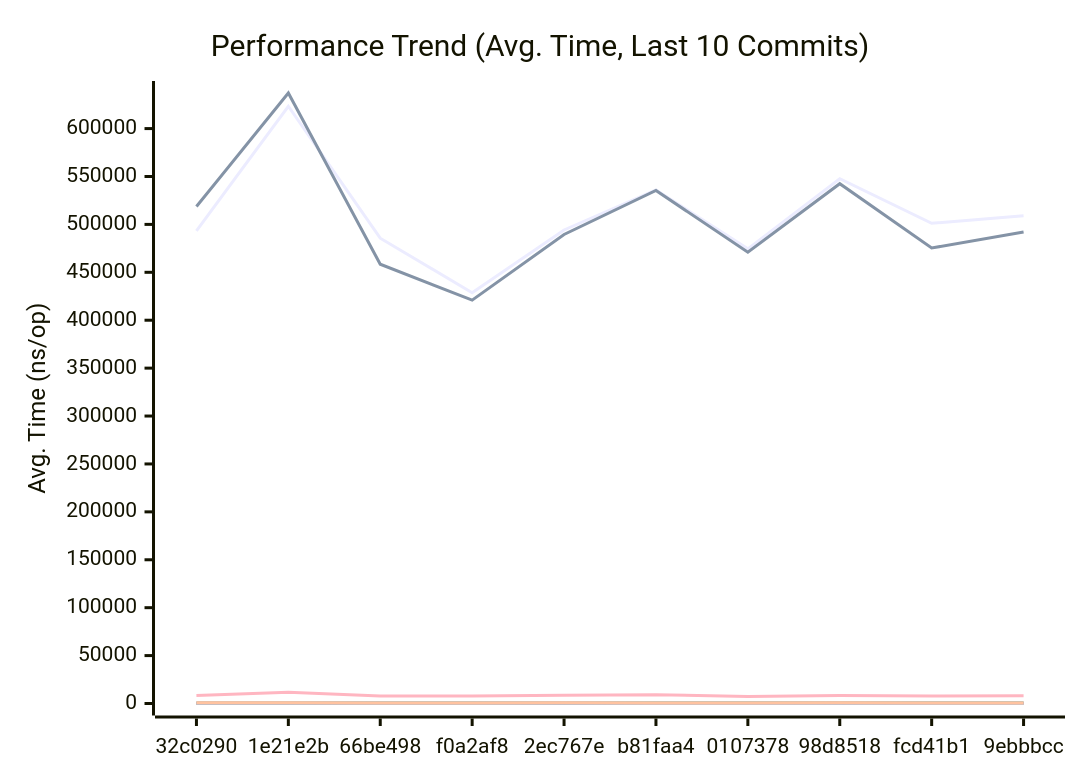
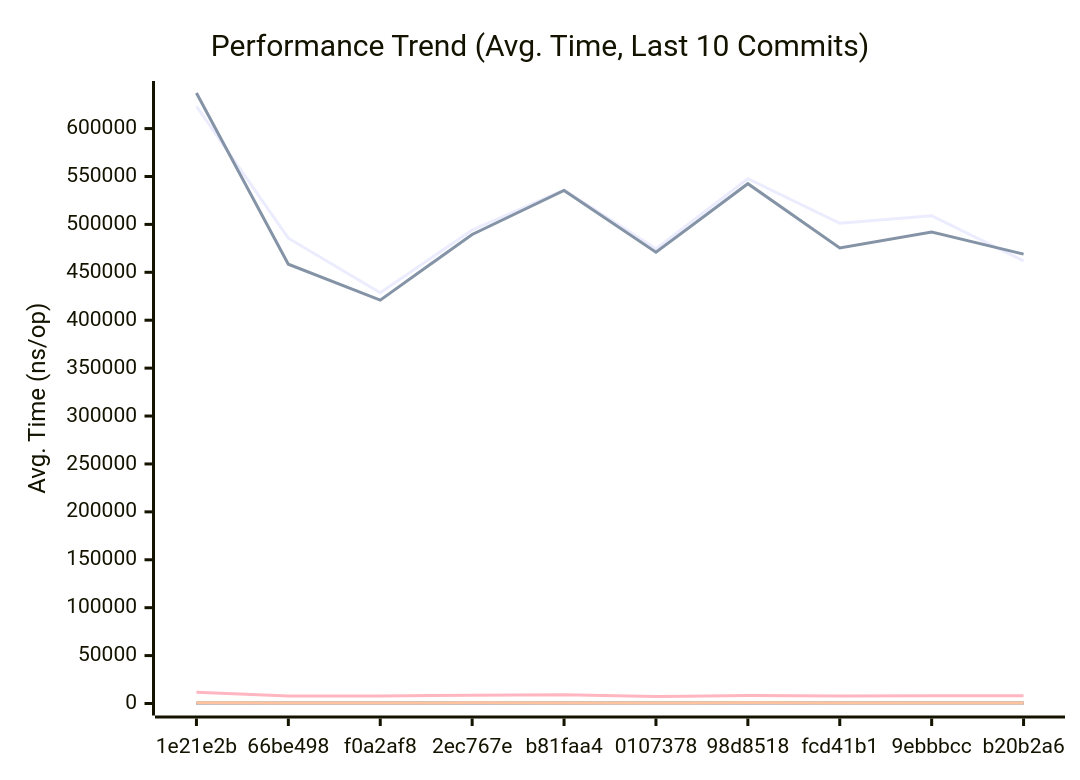
Before and after one commit to alsotoes/momo: the first of 3 diagrams in docs/PERFORMANCE.md, drawn with Mermaid. The commit also changed other lines of this file and 3 other files, not shown here.

````diff
--- a/docs/PERFORMANCE.md
+++ b/docs/PERFORMANCE.md
@@ -145,20 +145,20 @@
 ```mermaid
 xychart-beta
     title "Performance Trend (Avg. Time, Last 10 Commits)"
     x-axis "Commit"
     y-axis "Avg. Time (ns/op)"
-    x-axis [32c0290,1e21e2b,66be498,f0a2af8,2ec767e,b81faa4,0107378,98d8518,fcd41b1,9ebbbcc]
-    line "AWSChunkedReaderSigned" [493329,623314,485586,428699,494161,536055,474487,547638,501193,509071]
-    line "AWSChunkedReaderUnsigned" [518620,637133,458443,420916,489488,535372,470934,542477,475383,492103]
-    line "CheckMetricsAndSwap" [10,13,9,8,8,11,8,9,8,10]
-    line "CrushOptimized" [353,419,355,342,351,359,357,366,378,382]
-    line "CrushOriginal" [549,628,459,465,587,501,444,519,462,546]
-    line "IndexDirectTracking" [0,1,0,0,0,0,0,0,0,0]
-    line "IndexSearch" [2,3,3,3,3,3,3,3,3,3]
-    line "LoadGlobalConfig" [8352,11680,7877,7811,8699,9154,7311,8381,7902,8218]
-    line "PadString" [53,64,43,49,49,50,41,54,44,44]
+    x-axis [1e21e2b,66be498,f0a2af8,2ec767e,b81faa4,0107378,98d8518,fcd41b1,9ebbbcc,b20b2a6]
+    line "AWSChunkedReaderSigned" [623314,485586,428699,494161,536055,474487,547638,501193,509071,461874]
+    line "AWSChunkedReaderUnsigned" [637133,458443,420916,489488,535372,470934,542477,475383,492103,469009]
+    line "CheckMetricsAndSwap" [13,9,8,8,11,8,9,8,10,11]
+    line "CrushOptimized" [419,355,342,351,359,357,366,378,382,341]
+    line "CrushOriginal" [628,459,465,587,501,444,519,462,546,467]
+    line "IndexDirectTracking" [1,0,0,0,0,0,0,0,0,0]
+    line "IndexSearch" [3,3,3,3,3,3,3,3,3,3]
+    line "LoadGlobalConfig" [11680,7877,7811,8699,9154,7311,8381,7902,8218,8010]
+    line "PadString" [64,43,49,49,50,41,54,44,44,47]
     line "ParseReplicationOrder_NoPrealloc" [350,349,357,354,345,225,229,165,232,234]
     line "ParseReplicationOrder_Prealloc" [229,231,237,234,229,108,107,80,110,109]
-    line "SanitizeLog/Safe" [440,585,444,426,532,520,440,468,490,508]
-    line "SanitizeLog/Unsafe" [669,794,568,519,657,616,544,677,581,581]
+    line "SanitizeLog/Safe" [585,444,426,532,520,440,468,490,508,542]
+    line "SanitizeLog/Unsafe" [794,568,519,657,616,544,677,581,581,596]
 ```
````
